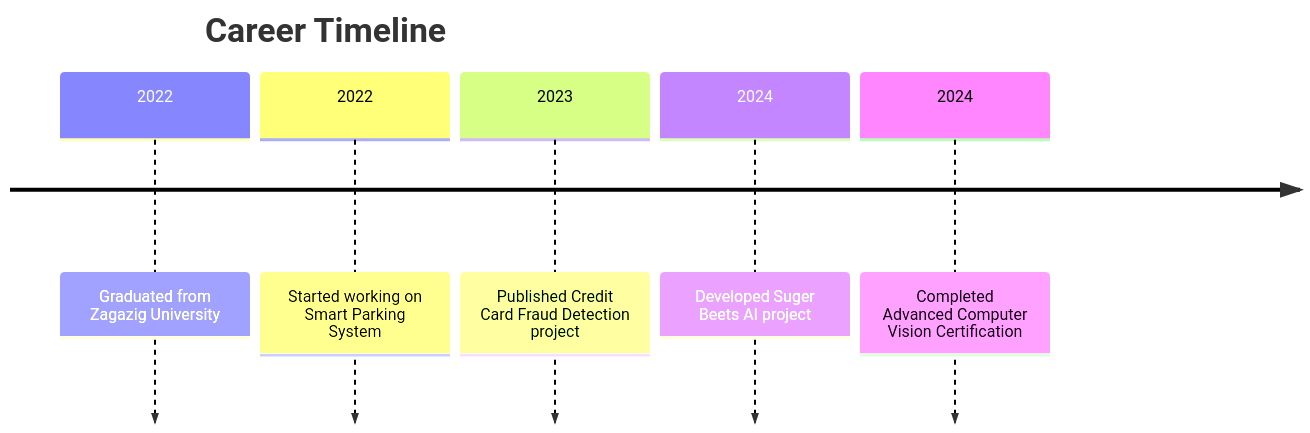
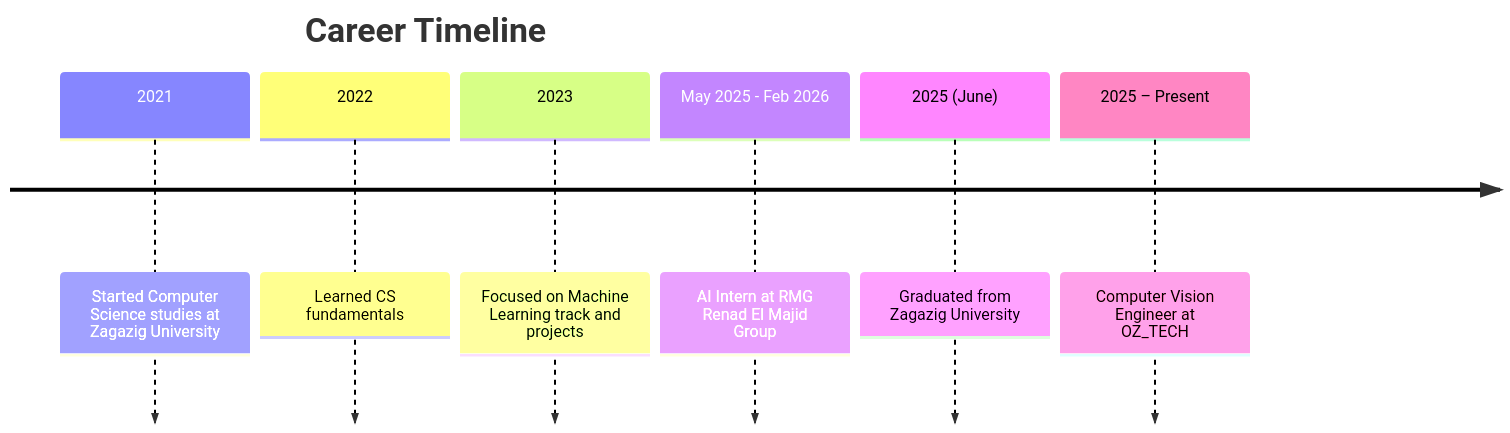
The diagram in README.md (mohamed-ehab415/mohamed-ehab415), drawn with Mermaid before and after one commit.

````diff
--- a/README.md
+++ b/README.md
@@ -45,9 +45,10 @@
 ```mermaid
 timeline
     title Career Timeline
-    2022 : Graduated from Zagazig University
-    2022 : Started working on Smart Parking System
-    2023 : Published Credit Card Fraud Detection project
-    2024 : Developed Suger Beets AI project
-    2024 : Completed Advanced Computer Vision Certification
+    2021 : Started Computer Science studies at Zagazig University
+    2022 : Learned CS fundamentals
+    2023 : Focused on Machine Learning track and projects
+    May 2025 - Feb 2026 : AI Intern at RMG Renad El Majid Group
+    2025 (June) : Graduated from Zagazig University
+    2025 – Present : Computer Vision Engineer at OZ_TECH
 ```
````
